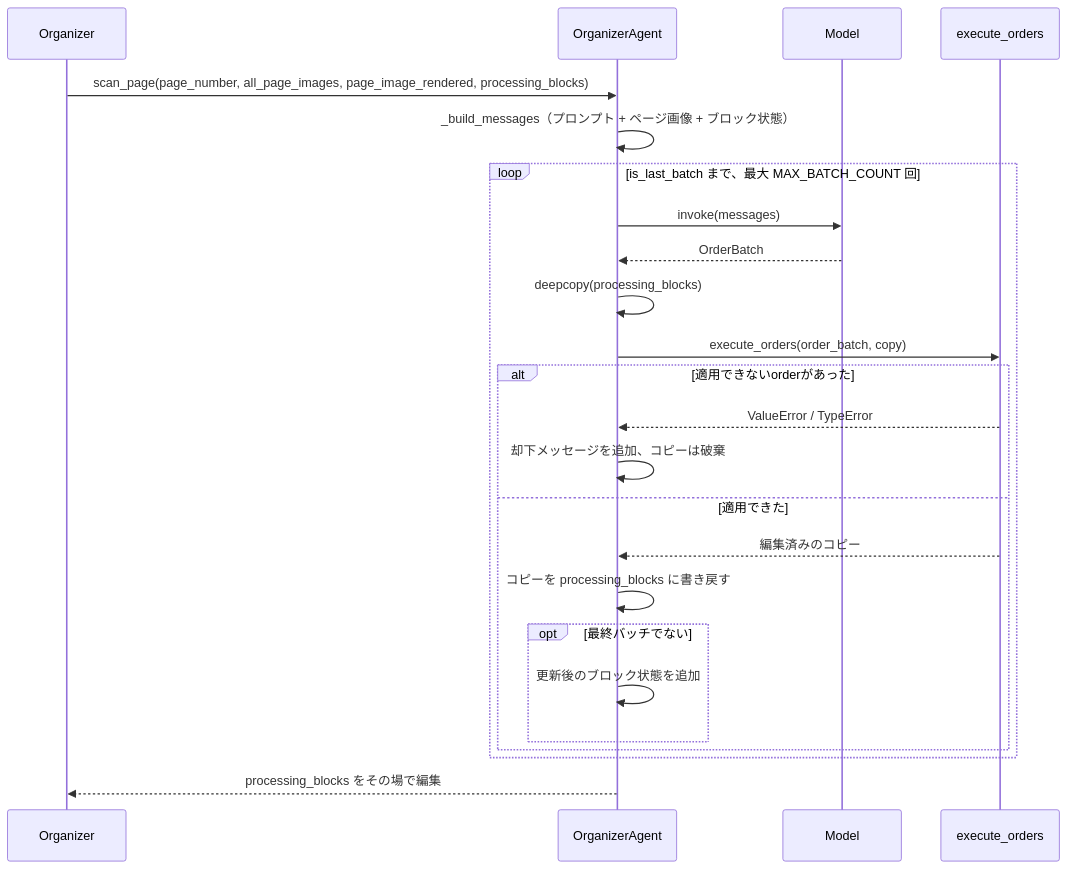
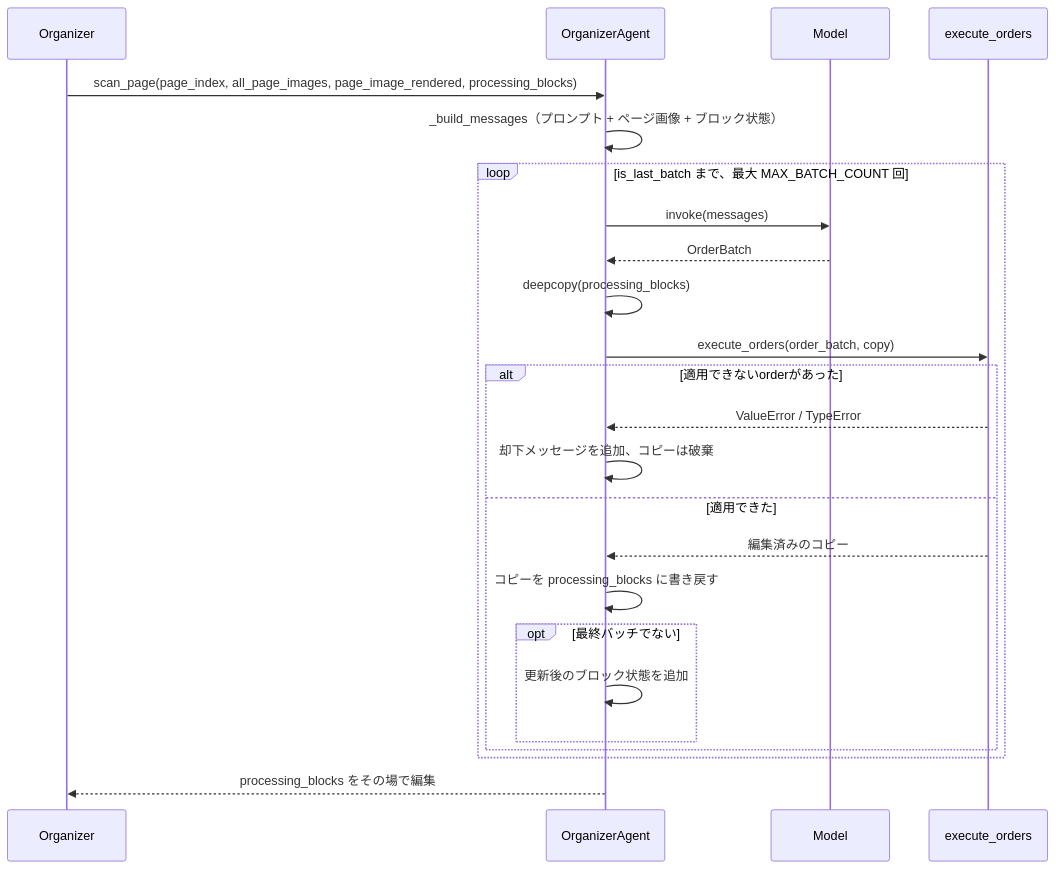
The second of 2 diagrams in Uploader/OcrModule/Blocked/Docs/StructureOrganizer.ja.md (konbraphat51/SuperSuat), drawn with Mermaid before and after one commit. The commit also changed other lines of this file and 19 other files, not shown here.

First line of the commit message:
refac: name every 0-indexed page variable page_index

````diff
--- a/Uploader/OcrModule/Blocked/Docs/StructureOrganizer.ja.md
+++ b/Uploader/OcrModule/Blocked/Docs/StructureOrganizer.ja.md
@@ -74,26 +74,26 @@
 ```mermaid
 sequenceDiagram
     participant Organizer
     participant OrganizerAgent
     participant Model
     participant Executor as execute_orders
-    Organizer->>OrganizerAgent: scan_page(page_number, all_page_images, page_image_rendered, processing_blocks)
+    Organizer->>OrganizerAgent: scan_page(page_index, all_page_images, page_image_rendered, processing_blocks)
     OrganizerAgent->>OrganizerAgent: _build_messages（プロンプト + ページ画像 + ブロック状態）
     loop is_last_batch まで、最大 MAX_BATCH_COUNT 回
         OrganizerAgent->>Model: invoke(messages)
         Model-->>OrganizerAgent: OrderBatch
         OrganizerAgent->>OrganizerAgent: deepcopy(processing_blocks)
         OrganizerAgent->>Executor: execute_orders(order_batch, copy)
         alt 適用できないorderがあった
             Executor-->>OrganizerAgent: ValueError / TypeError
             OrganizerAgent->>OrganizerAgent: 却下メッセージを追加、コピーは破棄
         else 適用できた
             Executor-->>OrganizerAgent: 編集済みのコピー
             OrganizerAgent->>OrganizerAgent: コピーを processing_blocks に書き戻す
             opt 最終バッチでない
                 OrganizerAgent->>OrganizerAgent: 更新後のブロック状態を追加
             end
         end
     end
     OrganizerAgent-->>Organizer: processing_blocks をその場で編集
 ```
````
